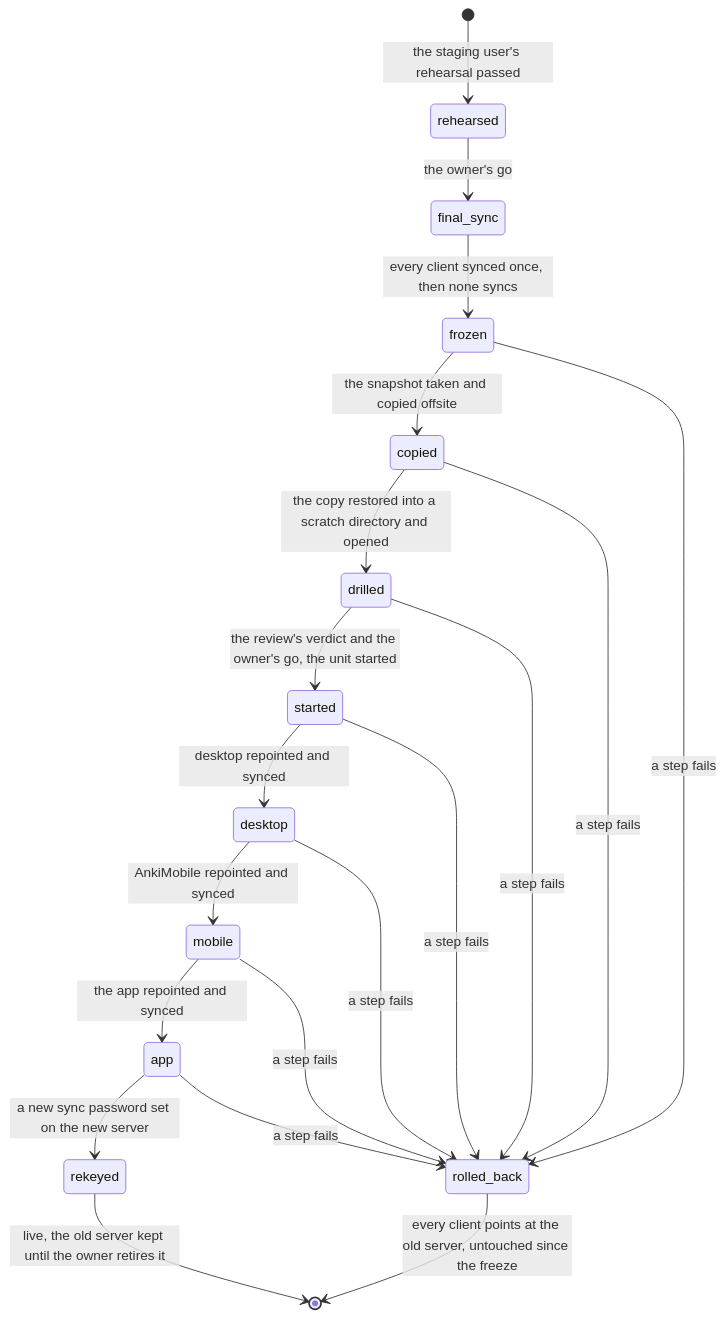
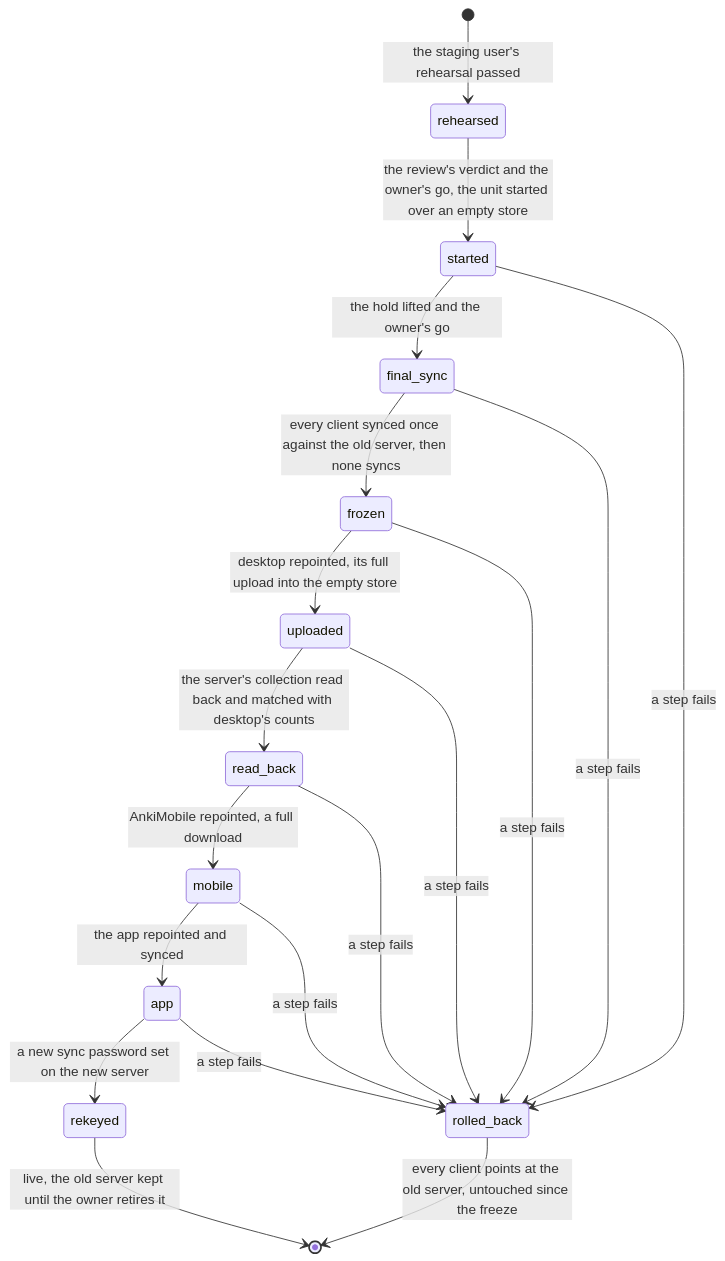
The second of 2 diagrams in docs/schematics/sync-server-packaging-and-cutover.md (RexRenatus/deck-streak), drawn with Mermaid before and after one commit. The commit also changed other lines of this file and 1 other file, not shown here.

Commit message:
docs(adr-347): the cutover moves the data by a full upload

````diff
--- a/docs/schematics/sync-server-packaging-and-cutover.md
+++ b/docs/schematics/sync-server-packaging-and-cutover.md
@@ -59,22 +67,21 @@
 ```mermaid
 stateDiagram-v2
   [*] --> rehearsed: the staging user's rehearsal passed
-  rehearsed --> final_sync: the owner's go
-  final_sync --> frozen: every client synced once, then none syncs
-  frozen --> copied: the snapshot taken and copied offsite
-  copied --> drilled: the copy restored into a scratch directory and opened
-  drilled --> started: the review's verdict and the owner's go, the unit started
-  started --> desktop: desktop repointed and synced
-  desktop --> mobile: AnkiMobile repointed and synced
+  rehearsed --> started: the review's verdict and the owner's go, the unit started over an empty store
+  started --> final_sync: the hold lifted and the owner's go
+  final_sync --> frozen: every client synced once against the old server, then none syncs
+  frozen --> uploaded: desktop repointed, its full upload into the empty store
+  uploaded --> read_back: the server's collection read back and matched with desktop's counts
+  read_back --> mobile: AnkiMobile repointed, a full download
   mobile --> app: the app repointed and synced
   app --> rekeyed: a new sync password set on the new server
   rekeyed --> [*]: live, the old server kept until the owner retires it
+  started --> rolled_back: a step fails
+  final_sync --> rolled_back: a step fails
   frozen --> rolled_back: a step fails
-  copied --> rolled_back: a step fails
-  drilled --> rolled_back: a step fails
-  started --> rolled_back: a step fails
-  desktop --> rolled_back: a step fails
+  uploaded --> rolled_back: a step fails
+  read_back --> rolled_back: a step fails
   mobile --> rolled_back: a step fails
   app --> rolled_back: a step fails
   rolled_back --> [*]: every client points at the old server, untouched since the freeze
 ```
````
